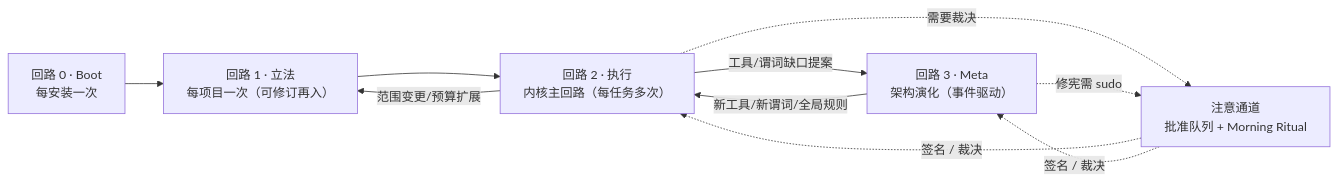
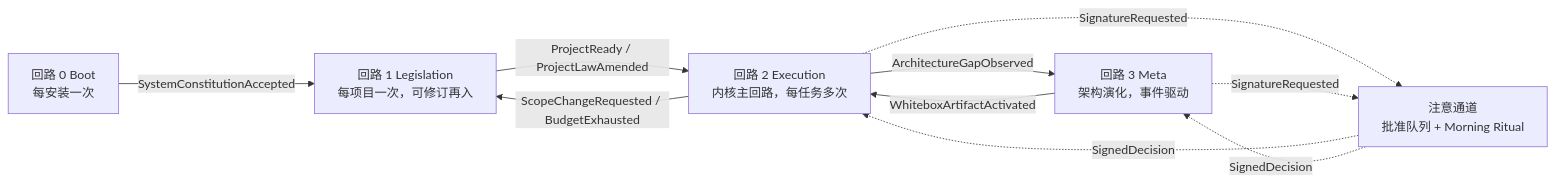
One commit to gretjia/turingos.app changed the first of 6 diagrams in WHITEPAPER.md. Above: the diagram before and after it, drawn with Mermaid. The commit also changed other lines of this file and 3 other files, not shown here.

Commit message:
C1_09 adopt whitepaper v0.6 charter

````diff
--- a/WHITEPAPER.md
+++ b/WHITEPAPER.md
@@ -303,12 +323,13 @@
 ```mermaid
 flowchart LR
-    L0["回路 0 · Boot<br>每安装一次"] --> L1["回路 1 · 立法<br>每项目一次（可修订再入）"]
-    L1 --> L2["回路 2 · 执行<br>内核主回路（每任务多次）"]
-    L2 -->|"工具/谓词缺口提案"| L3["回路 3 · Meta<br>架构演化（事件驱动）"]
-    L3 -->|"新工具/新谓词/全局规则"| L2
-    L2 -->|"范围变更/预算扩展"| L1
+    L0["回路 0 Boot<br>每安装一次"] -->|"SystemConstitutionAccepted"| L1["回路 1 Legislation<br>每项目一次，可修订再入"]
+    L1 -->|"ProjectReady / ProjectLawAmended"| L2["回路 2 Execution<br>内核主回路，每任务多次"]
+    L2 -->|"ArchitectureGapObserved"| L3["回路 3 Meta<br>架构演化，事件驱动"]
+    L3 -->|"WhiteboxArtifactActivated"| L2
+    L2 -->|"ScopeChangeRequested / BudgetExhausted"| L1
     ATT["注意通道<br>批准队列 + Morning Ritual"]
-    L2 -.->|"需要裁决"| ATT
-    L3 -.->|"修宪需 sudo"| ATT
-    ATT -.->|"签名 / 裁决"| L2 & L3
+    L2 -.->|"SignatureRequested"| ATT
+    L3 -.->|"SignatureRequested"| ATT
+    ATT -.->|"SignedDecision"| L2
+    ATT -.->|"SignedDecision"| L3
 ```
````
